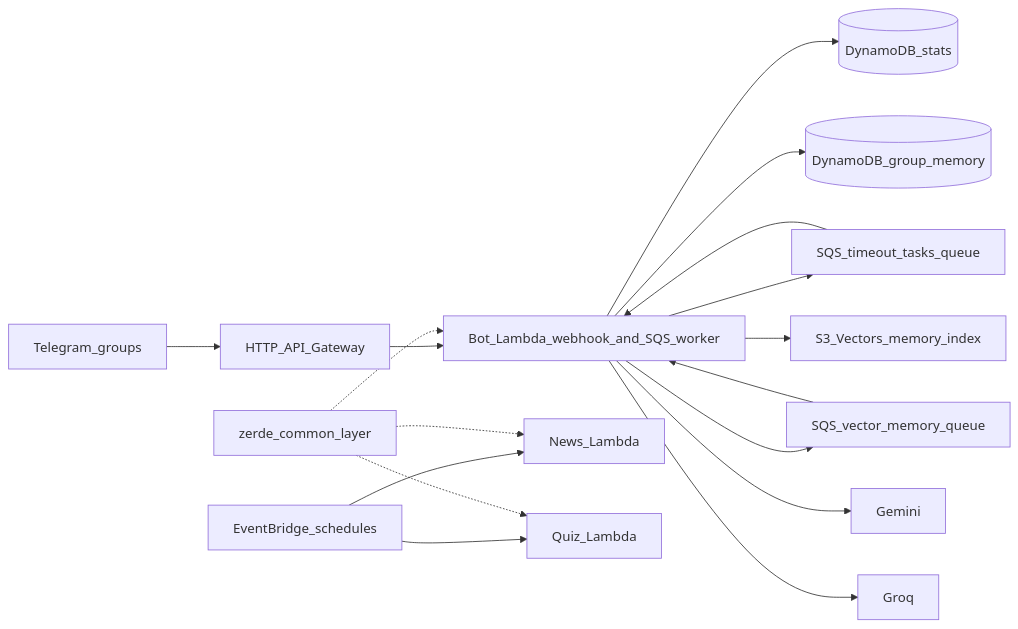
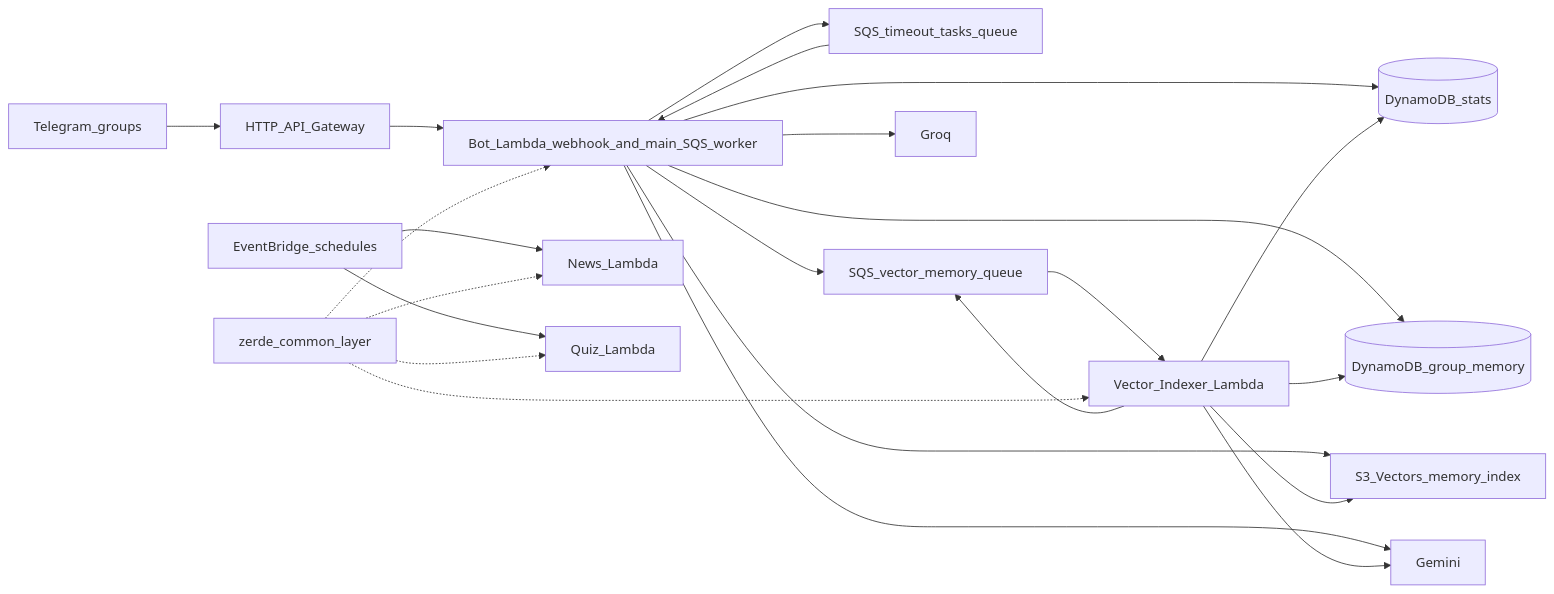
One commit to Bayashat/zerde-serverless-bot changed the diagram in .codex/AGENTS.md. Above: the diagram before and after it, drawn with Mermaid. The commit also changed other lines of this file and 11 other files, not shown here.

Commit message:
feat: split vector indexer lambda (#109)

````diff
--- a/.codex/AGENTS.md
+++ b/.codex/AGENTS.md
@@ -49,19 +49,25 @@
 ```mermaid
 flowchart LR
   Telegram[Telegram_groups] --> APIGW[HTTP_API_Gateway]
-  APIGW --> BotLambda[Bot_Lambda_webhook_and_SQS_worker]
+  APIGW --> BotLambda[Bot_Lambda_webhook_and_main_SQS_worker]
   MainQ[SQS_timeout_tasks_queue] --> BotLambda
-  VectorQ[SQS_vector_memory_queue] --> BotLambda
+  VectorQ[SQS_vector_memory_queue] --> VectorIndexer[Vector_Indexer_Lambda]
   BotLambda --> MainQ
   BotLambda --> VectorQ
   BotLambda --> Stats[(DynamoDB_stats)]
   BotLambda --> Memory[(DynamoDB_group_memory)]
   BotLambda --> S3Vectors[S3_Vectors_memory_index]
   BotLambda --> Gemini[Gemini]
   BotLambda --> Groq[Groq]
+  VectorIndexer --> VectorQ
+  VectorIndexer --> Stats
+  VectorIndexer --> Memory
+  VectorIndexer --> S3Vectors
+  VectorIndexer --> Gemini
   EventBridge[EventBridge_schedules] --> NewsLambda[News_Lambda]
   EventBridge --> QuizLambda[Quiz_Lambda]
   Layer[zerde_common_layer] -.-> BotLambda
+  Layer -.-> VectorIndexer
   Layer -.-> NewsLambda
   Layer -.-> QuizLambda
 ```
````
